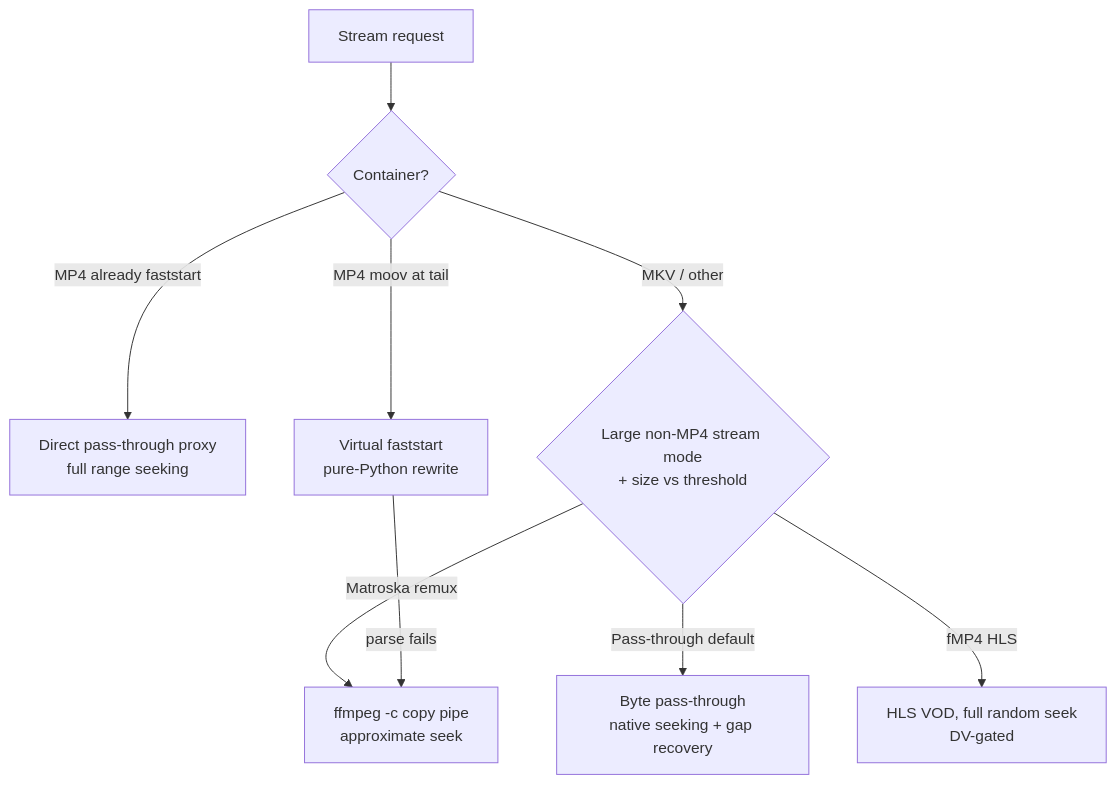
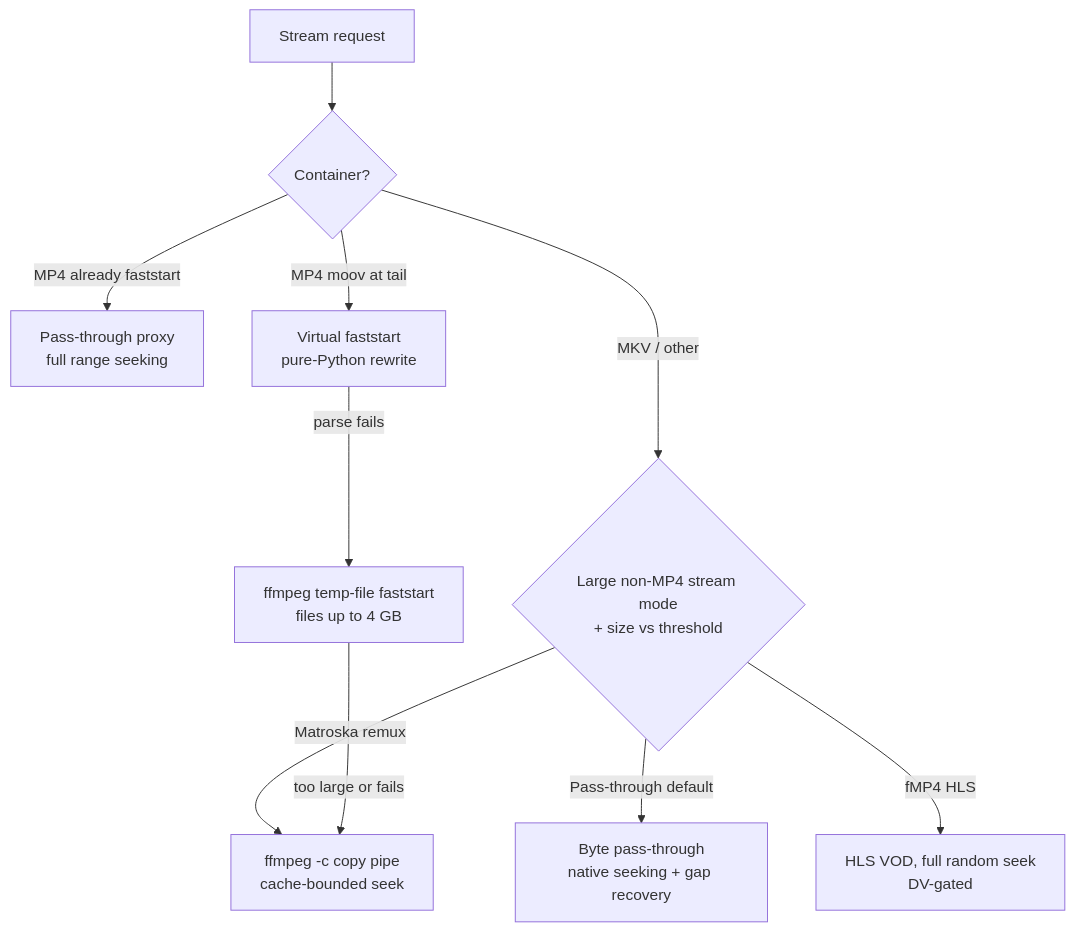
Before and after one commit to Appz4Fun/nzbdavkodi: the diagram in docs-site/features/playback-and-remux.md, drawn with Mermaid. The commit also changed other lines of this file and 38 other files, not shown here.

````diff
--- a/docs-site/features/playback-and-remux.md
+++ b/docs-site/features/playback-and-remux.md
@@ -24,11 +27,12 @@
 ```mermaid
 flowchart TD
     A[Stream request] --> B{Container?}
-    B -->|MP4 already faststart| C[Direct pass-through proxy<br/>full range seeking]
+    B -->|MP4 already faststart| C[Pass-through proxy<br/>full range seeking]
     B -->|MP4 moov at tail| D[Virtual faststart<br/>pure-Python rewrite]
     B -->|MKV / other| E{Large non-MP4 stream mode<br/>+ size vs threshold}
     E -->|Pass-through default| F[Byte pass-through<br/>native seeking + gap recovery]
-    E -->|Matroska remux| G[ffmpeg -c copy pipe<br/>approximate seek]
+    E -->|Matroska remux| G[ffmpeg -c copy pipe<br/>cache-bounded seek]
     E -->|fMP4 HLS| H[HLS VOD, full random seek<br/>DV-gated]
-    D -->|parse fails| G
+    D -->|parse fails| T[ffmpeg temp-file faststart<br/>files up to 4 GB]
+    T -->|too large or fails| G
 ```
````
